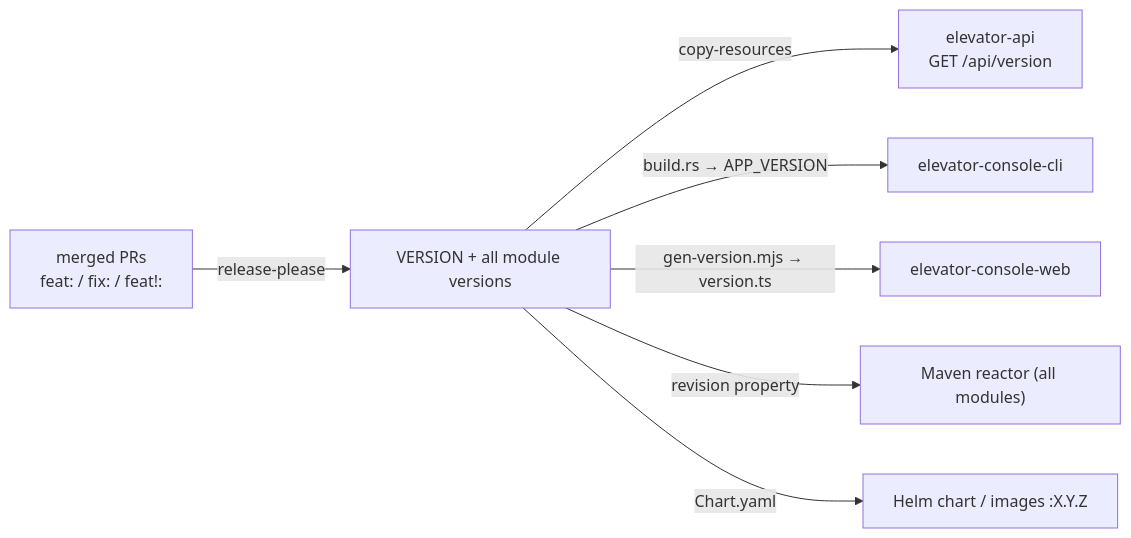
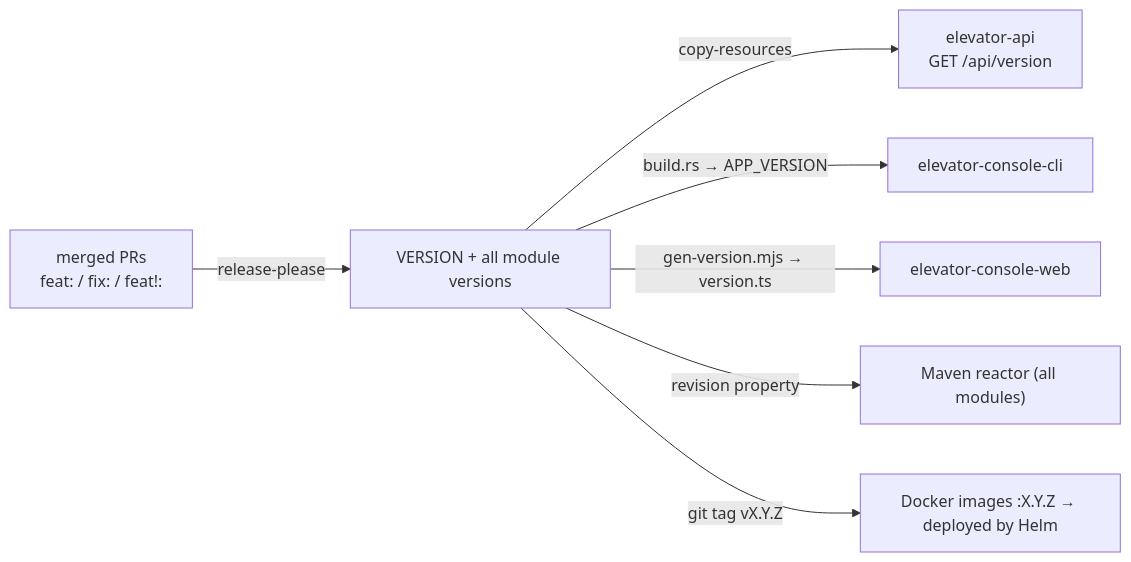
One commit to TwistedLady/elevator-system changed the diagram in docs/versioning.md. Above: the diagram before and after it, drawn with Mermaid. The commit also changed other lines of this file and 6 other files, not shown here.

First line of the commit message:
fix: decouple Helm chart version from release-please (#61)

````diff
--- a/docs/versioning.md
+++ b/docs/versioning.md
@@ -7,9 +7,9 @@
 ```mermaid
 flowchart LR
   PR["merged PRs<br/>feat: / fix: / feat!:"] -->|release-please| V["VERSION + all module versions"]
   V -->|copy-resources| API["elevator-api<br/>GET /api/version"]
   V -->|build.rs → APP_VERSION| CLI["elevator-console-cli"]
   V -->|gen-version.mjs → version.ts| WEB["elevator-console-web"]
   V -->|revision property| MVN["Maven reactor (all modules)"]
-  V -->|Chart.yaml| HELM["Helm chart / images :X.Y.Z"]
+  V -->|git tag vX.Y.Z| IMG["Docker images :X.Y.Z → deployed by Helm"]
 ```
````
